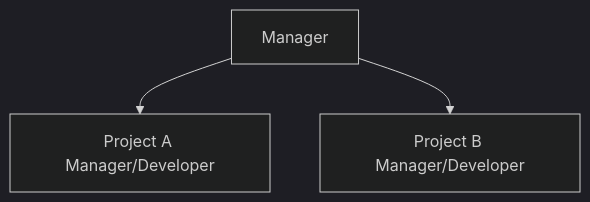
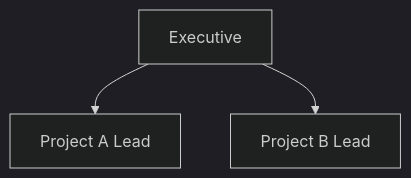
The fourth of 4 diagrams in blogs/en/ai-code-generation-software-developer-transformation-2025.md (qlawmarq/qlawmarq.net-contents), drawn with Mermaid (dark theme) before and after one commit. The commit also changed other lines of this file, not shown here.

````diff
--- a/blogs/en/ai-code-generation-software-developer-transformation-2025.md
+++ b/blogs/en/ai-code-generation-software-developer-transformation-2025.md
@@ -113,5 +115,5 @@
 ```mermaid
 graph TD;
-    Manager-->ProjectAManagerDeveloper[Project A Manager/Developer];
-    Manager-->ProjectBManagerDeveloper[Project B Manager/Developer];
+    Executive-->ProjectALead[Project A Lead];
+    Executive-->ProjectBLead[Project B Lead];
 ```
````
